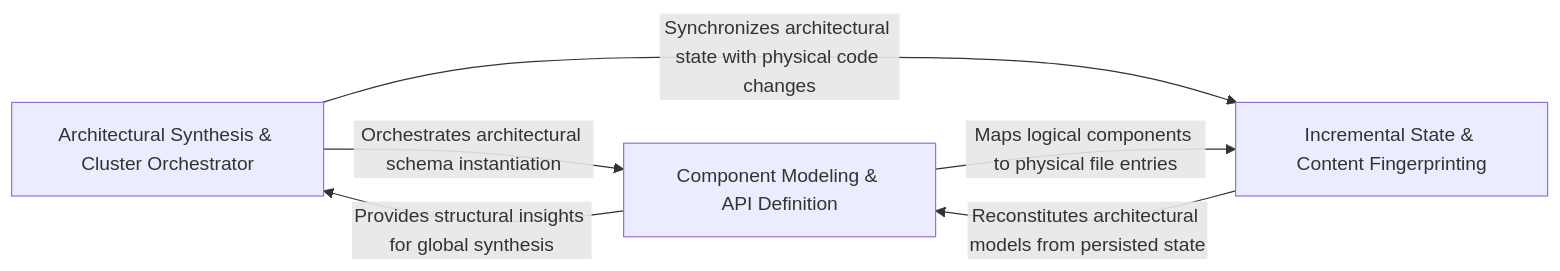
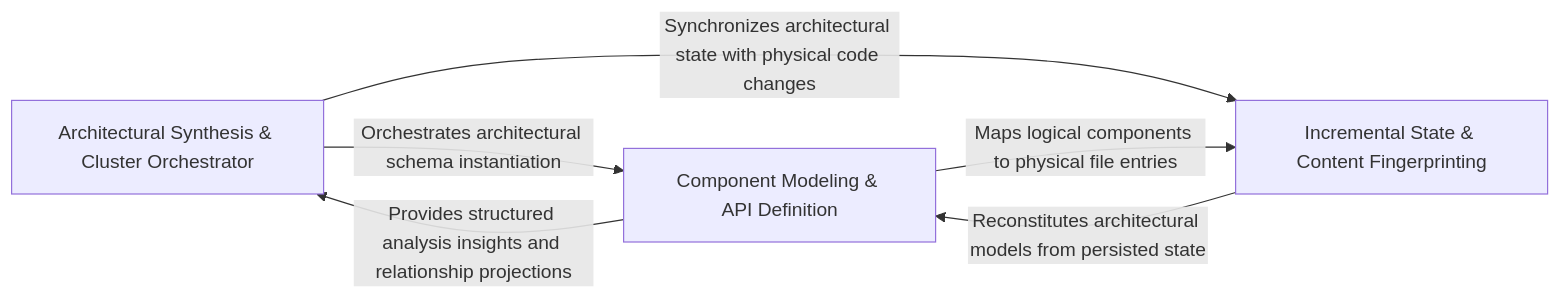
Before and after one commit to CodeBoarding/CodeBoarding: the diagram in .codeboarding/Architectural_Abstraction_Modeling.md, drawn with Mermaid. The commit also changed other lines of this file and 21 other files, not shown here.

Commit message:
chore(codeboarding): sync architecture baseline

````diff
--- a/.codeboarding/Architectural_Abstraction_Modeling.md
+++ b/.codeboarding/Architectural_Abstraction_Modeling.md
@@ -1,14 +1,14 @@
 ```mermaid
 graph LR
     Architectural_Synthesis_Cluster_Orchestrator["Architectural Synthesis & Cluster Orchestrator"]
     Component_Modeling_API_Definition["Component Modeling & API Definition"]
     Incremental_State_Content_Fingerprinting["Incremental State & Content Fingerprinting"]
     Architectural_Synthesis_Cluster_Orchestrator -- "Orchestrates architectural schema instantiation" --> Component_Modeling_API_Definition
     Architectural_Synthesis_Cluster_Orchestrator -- "Synchronizes architectural state with physical code changes" --> Incremental_State_Content_Fingerprinting
-    Component_Modeling_API_Definition -- "Provides structural insights for global synthesis" --> Architectural_Synthesis_Cluster_Orchestrator
     Component_Modeling_API_Definition -- "Maps logical components to physical file entries" --> Incremental_State_Content_Fingerprinting
+    Component_Modeling_API_Definition -- "Provides structured analysis insights and relationship projections" --> Architectural_Synthesis_Cluster_Orchestrator
     Incremental_State_Content_Fingerprinting -- "Reconstitutes architectural models from persisted state" --> Component_Modeling_API_Definition
     click Architectural_Synthesis_Cluster_Orchestrator href "https://github.com/CodeBoarding/CodeBoarding/blob/main/.codeboarding/Architectural_Synthesis_Cluster_Orchestrator.md" "Details"
     click Component_Modeling_API_Definition href "https://github.com/CodeBoarding/CodeBoarding/blob/main/.codeboarding/Component_Modeling_API_Definition.md" "Details"
     click Incremental_State_Content_Fingerprinting href "https://github.com/CodeBoarding/CodeBoarding/blob/main/.codeboarding/Incremental_State_Content_Fingerprinting.md" "Details"
 ```
````
